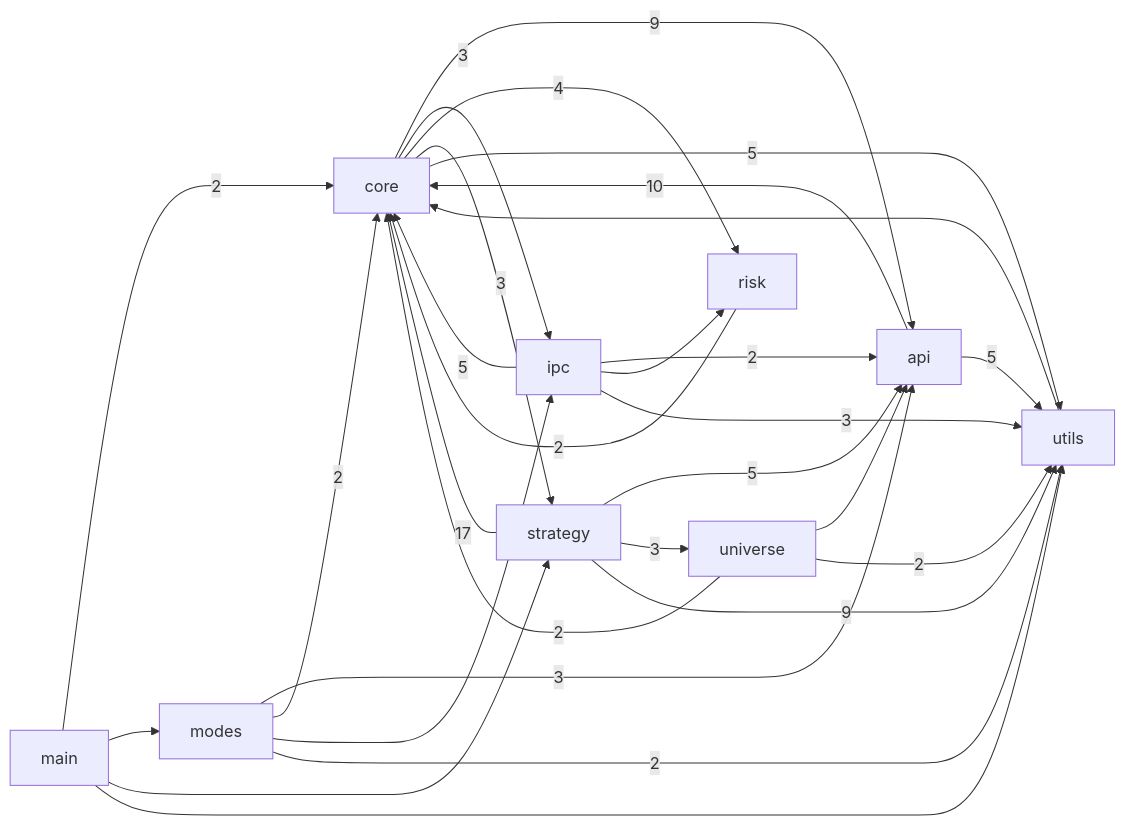
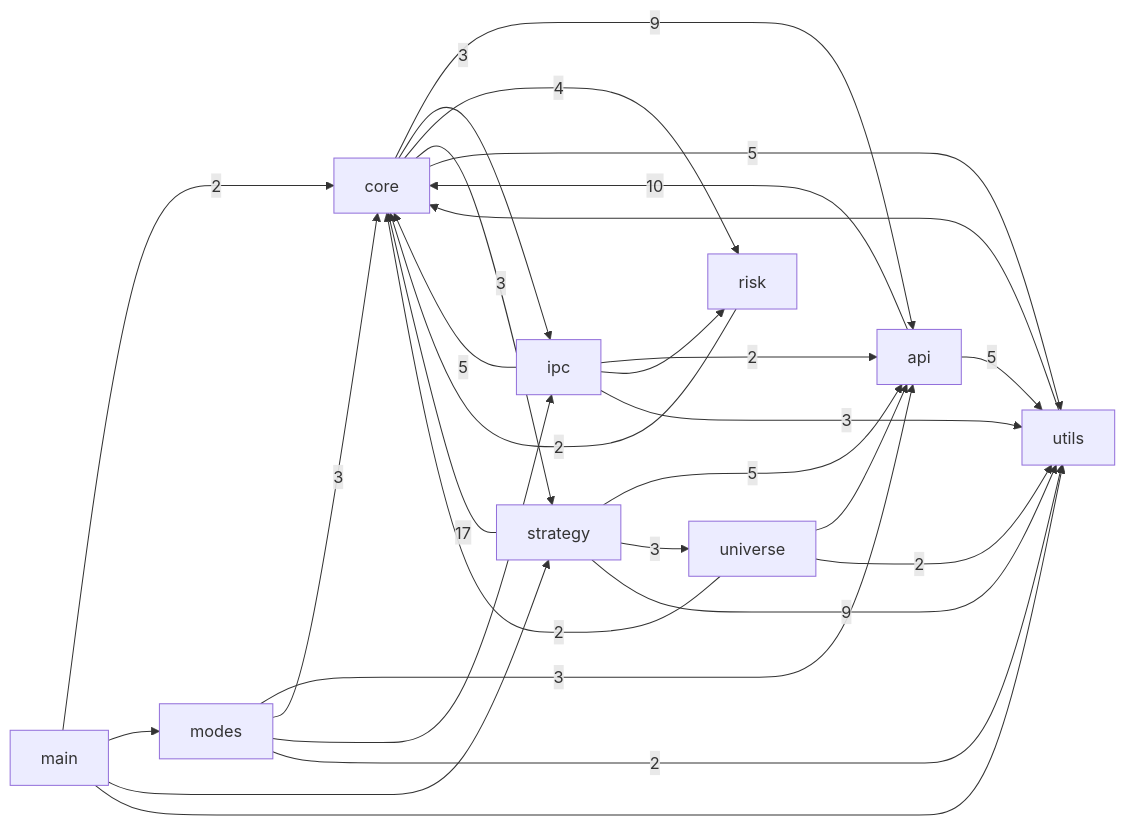
The first of 3 diagrams in docs/CODE_GRAPH.md (pypy8171/Quant), drawn with Mermaid before and after one commit. The commit also changed other lines of this file and 46 other files, not shown here.

````diff
--- a/docs/CODE_GRAPH.md
+++ b/docs/CODE_GRAPH.md
@@ -10,40 +10,40 @@
 ```mermaid
 graph LR
   main[main]
   modes[modes]
   core[core]
   strategy[strategy]
   api[api]
   universe[universe]
   risk[risk]
   ipc[ipc]
   utils[utils]
   api -->|10| core
   api -->|5| utils
   core -->|9| api
   core -->|3| ipc
   core -->|4| risk
   core -->|3| strategy
   core -->|5| utils
   ipc -->|2| api
   ipc -->|5| core
   ipc --> risk
   ipc -->|3| utils
   main -->|2| core
   main --> modes
   main --> strategy
   main --> utils
   modes -->|3| api
-  modes -->|2| core
+  modes -->|3| core
   modes --> ipc
   modes -->|2| utils
   risk -->|2| core
   strategy -->|5| api
   strategy -->|17| core
   strategy -->|3| universe
   strategy -->|9| utils
   universe --> api
   universe -->|2| core
   universe -->|2| utils
   utils --> core
 ```
````
